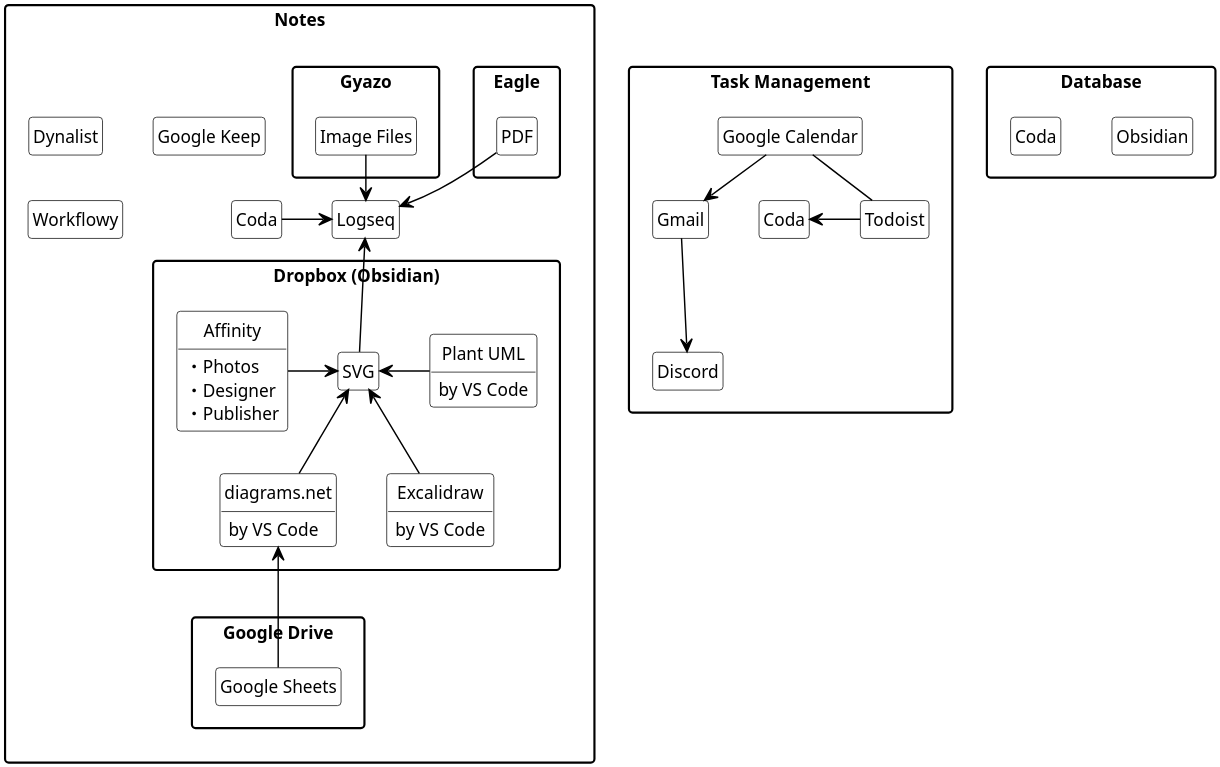
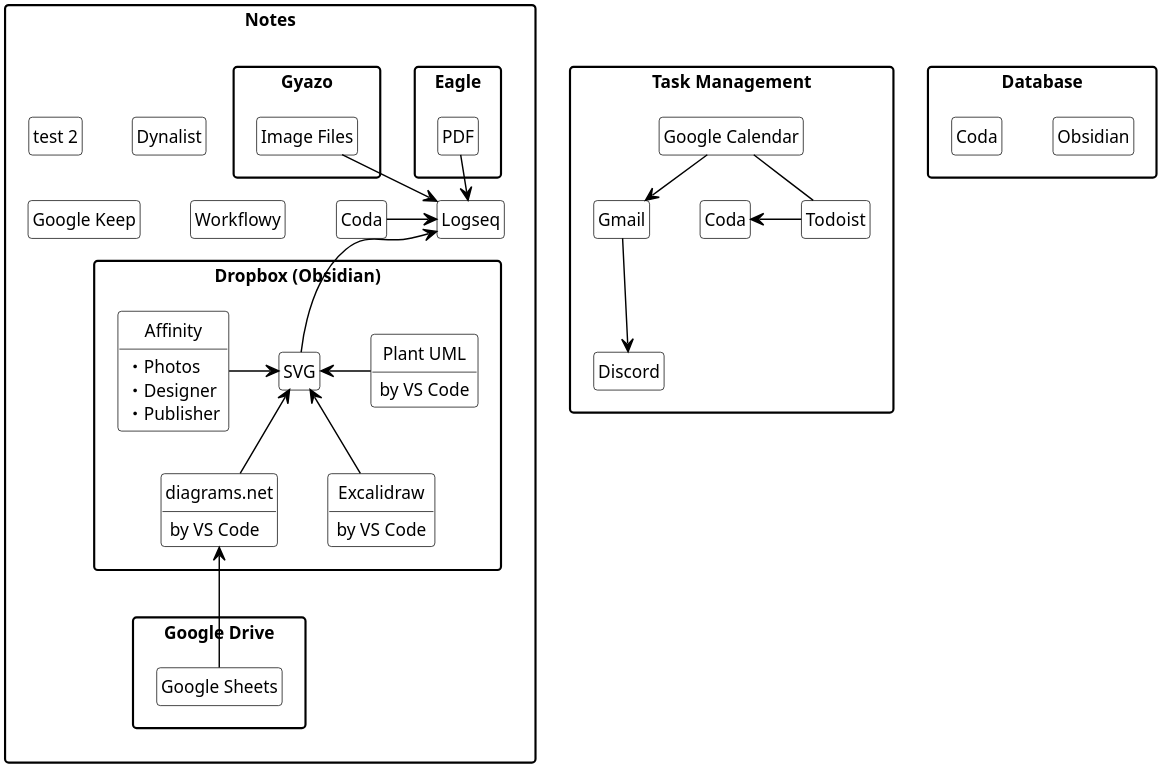
One commit to h-row-ita/embedded-assets changed the diagram in Productivity Tools/default.pu. Above: the diagram before and after it, drawn with PlantUML. The commit also changed 1 other file, not shown here.

```diff
--- a/Productivity Tools/default.pu
+++ b/Productivity Tools/default.pu
@@ -1,97 +1,98 @@
 @startuml
 
 hide circle
 hide empty fields
 hide empty methods
 
 skinparam class {
     backGroundColor white
     borderColor black
     arrowColor black
 }
 
 skinparam package {
     style rectangle
 }
 
 skinparam {
     shadowing false
     ranksep 30
     dpi 300
     arrowThickness 1
     defaultFontSize 12
     arrowFontSize 8
 }
 
 package "Notes" {
+    class "test 2"
     class "Logseq" as logseq
     package "Dropbox (Obsidian)" as dropbox{
         class "SVG" as svg
         class "diagrams.net" as diagramsnet {
             by VS Code
         }
         class "Excalidraw" as excalidraw {
             by VS Code
         }
         class "Plant UML" as plantuml {
             by VS Code
         }
         class "Affinity" as affinity {
             ・Photos
             ・Designer
             ・Publisher
         }
     }
     package "Google Drive" as googledrive {
         class "Google Sheets" as googlesheets
     }
     package "Eagle" as eagle {
         class "PDF" as pdf
     }
     package "Gyazo" as gyazo {
         class "Image Files" as imagefiles
     }
     class "Coda" as coda
     class "Dynalist" as dynalist 
     class "Google Keep" as googlekeep
     class "Workflowy" as workflowy
 }
 
 package "Database" {
     class "Obsidian" as obsidian
     class "Coda" as coda2
 }
 
 package "Task Management" {
     class "Coda" as coda3
     class "Todoist" as todoist
     class "Google Calendar" as googlecalendar
     class "Gmail" as gmail
     class "Discord" as discord
 }
 
 'Notes
 logseq <-- svg
 plantuml -u> svg
 excalidraw -u-> svg
 diagramsnet -u-> svg
 affinity -> svg
 googlesheets -u--> diagramsnet
 logseq <-u- pdf
 imagefiles --> logseq
 coda -> logseq
 
 'Database
 
 'Task Management
 googlecalendar -- todoist
 gmail <-u- googlecalendar
 gmail --> discord
 todoist -u> coda3
 
 
 
 
 
 
 @enduml
```
